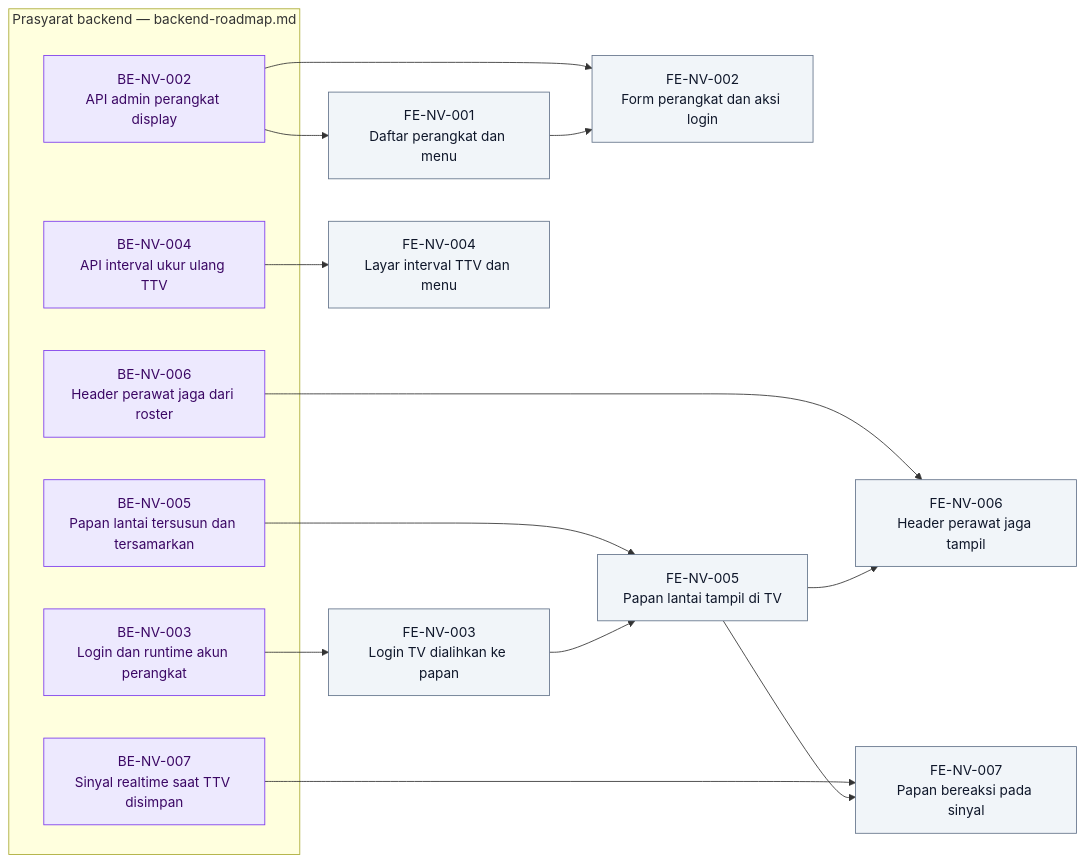
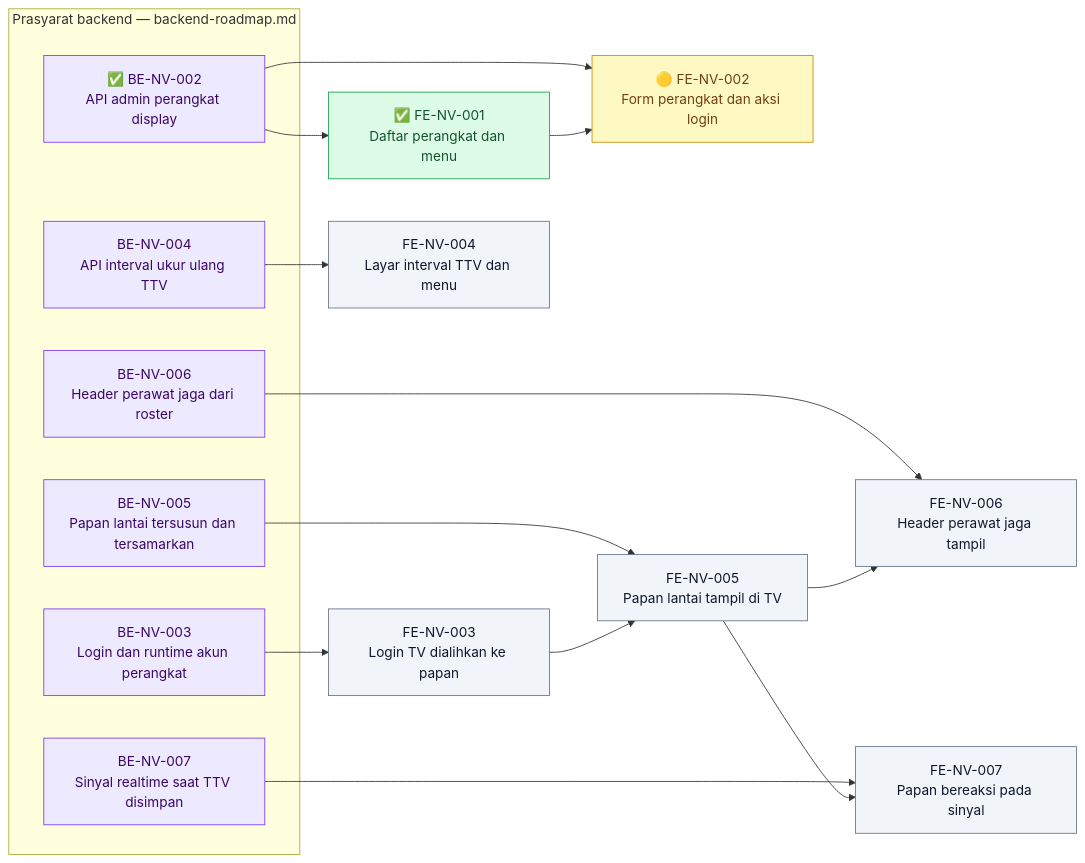
One commit to DevBenari/NewQuilvianSystemBackend changed the diagram in docs/module-blueprints/nurse-view/roadmap/frontend-roadmap.md. Above: the diagram before and after it, drawn with Mermaid. The commit also changed other lines of this file and 12 other files, not shown here.

````diff
--- a/docs/module-blueprints/nurse-view/roadmap/frontend-roadmap.md
+++ b/docs/module-blueprints/nurse-view/roadmap/frontend-roadmap.md
@@ -20,37 +20,37 @@
 ```mermaid
 flowchart LR
     classDef selesai fill:#DCFCE7,stroke:#16A34A,color:#14532D
     classDef sebagian fill:#FEF9C3,stroke:#CA8A04,color:#713F12
     classDef terblokir fill:#FEE2E2,stroke:#DC2626,color:#7F1D1D
     classDef belum fill:#F1F5F9,stroke:#64748B,color:#0F172A
     classDef luar fill:#EDE9FE,stroke:#7C3AED,color:#3B0764
 
     subgraph backend["Prasyarat backend — backend-roadmap.md"]
-        BENV002["BE-NV-002<br/>API admin perangkat display"]:::luar
+        BENV002["✅ BE-NV-002<br/>API admin perangkat display"]:::luar
         BENV003["BE-NV-003<br/>Login dan runtime akun perangkat"]:::luar
         BENV004["BE-NV-004<br/>API interval ukur ulang TTV"]:::luar
         BENV005["BE-NV-005<br/>Papan lantai tersusun dan tersamarkan"]:::luar
         BENV006["BE-NV-006<br/>Header perawat jaga dari roster"]:::luar
         BENV007["BE-NV-007<br/>Sinyal realtime saat TTV disimpan"]:::luar
     end
 
-    FENV001["FE-NV-001<br/>Daftar perangkat dan menu"]:::belum
-    FENV002["FE-NV-002<br/>Form perangkat dan aksi login"]:::belum
+    FENV001["✅ FE-NV-001<br/>Daftar perangkat dan menu"]:::selesai
+    FENV002["🟡 FE-NV-002<br/>Form perangkat dan aksi login"]:::sebagian
     FENV003["FE-NV-003<br/>Login TV dialihkan ke papan"]:::belum
     FENV004["FE-NV-004<br/>Layar interval TTV dan menu"]:::belum
     FENV005["FE-NV-005<br/>Papan lantai tampil di TV"]:::belum
     FENV006["FE-NV-006<br/>Header perawat jaga tampil"]:::belum
     FENV007["FE-NV-007<br/>Papan bereaksi pada sinyal"]:::belum
 
     BENV002 --> FENV001
     BENV002 --> FENV002
     FENV001 --> FENV002
     BENV003 --> FENV003
     BENV004 --> FENV004
     BENV005 --> FENV005
     FENV003 --> FENV005
     BENV006 --> FENV006
     FENV005 --> FENV006
     BENV007 --> FENV007
     FENV005 --> FENV007
 ```
````
